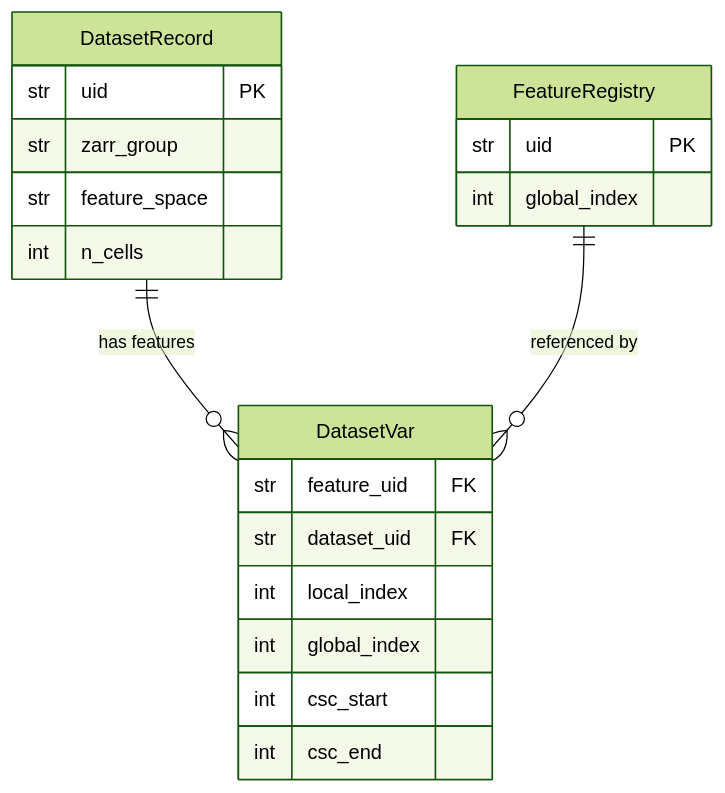
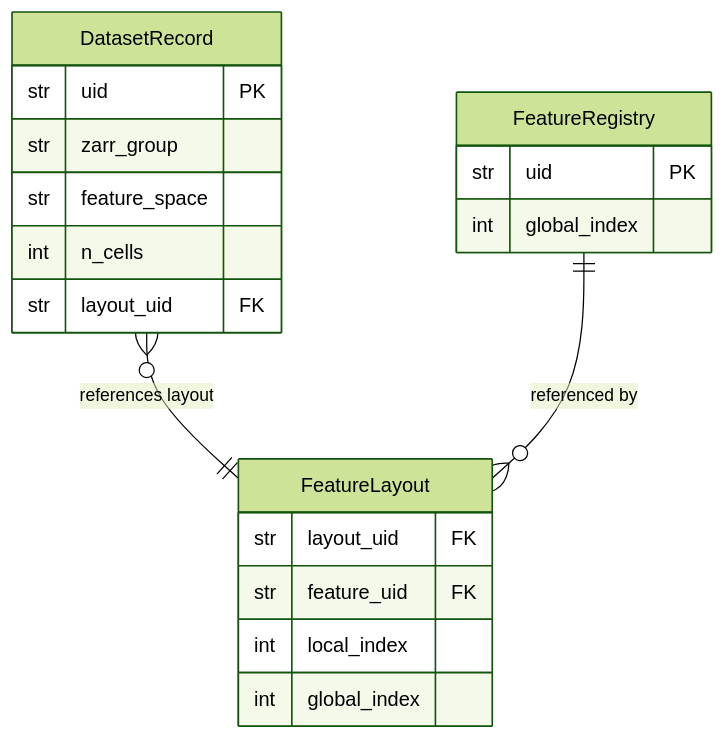
Before and after one commit to epiblastai/homeobox: the third of 4 diagrams in docs/data_structure.md, drawn with Mermaid (forest theme). The commit also changed other lines of this file and 29 other files, not shown here.

````diff
--- a/docs/data_structure.md
+++ b/docs/data_structure.md
@@ -189,23 +188,22 @@
 ```mermaid
 erDiagram
     DatasetRecord {
         str uid PK
         str zarr_group
         str feature_space
         int n_cells
+        str layout_uid FK
     }
     FeatureRegistry {
         str uid PK
         int global_index
     }
-    DatasetVar {
+    FeatureLayout {
+        str layout_uid FK
         str feature_uid FK
-        str dataset_uid FK
         int local_index
         int global_index
-        int csc_start
-        int csc_end
     }
-    DatasetRecord ||--o{ DatasetVar : "has features"
-    FeatureRegistry ||--o{ DatasetVar : "referenced by"
+    DatasetRecord }o--|| FeatureLayout : "references layout"
+    FeatureRegistry ||--o{ FeatureLayout : "referenced by"
 ```
````
